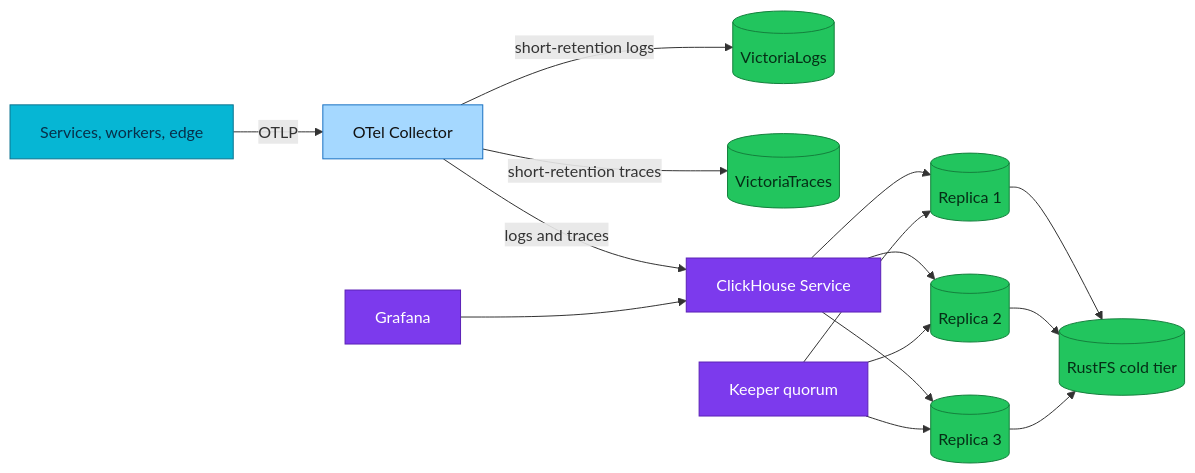
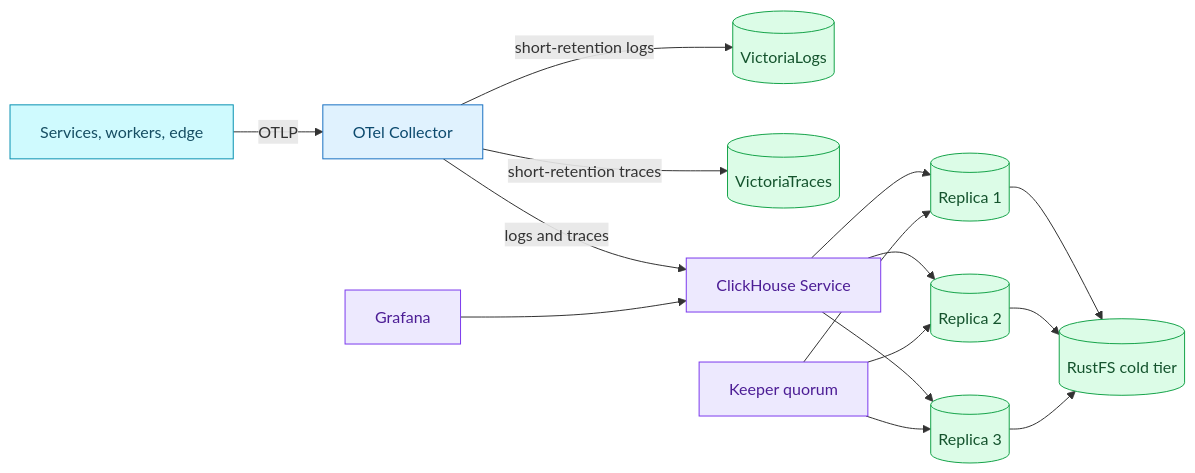
The diagram in docs/observability/clickhouse/operations.md (duynhlab/homelab), drawn with Mermaid before and after one commit. The commit also changed 174 other files, not shown here.

First line of the commit message:
Soft-tint diagram palette, a signal-flow diagram, a Linux-ready Draw.io skill

````diff
--- a/docs/observability/clickhouse/operations.md
+++ b/docs/observability/clickhouse/operations.md
@@ -23,26 +23,26 @@
 ```mermaid
 flowchart LR
   Producer["Services, workers, edge"] -->|OTLP| Collector["OTel Collector"]
   Collector -->|short-retention logs| VL[("VictoriaLogs")]
   Collector -->|short-retention traces| VT[("VictoriaTraces")]
   Collector -->|logs and traces| CHSvc["ClickHouse Service"]
   CHSvc --> R1[("Replica 1")]
   CHSvc --> R2[("Replica 2")]
   CHSvc --> R3[("Replica 3")]
   Keeper["Keeper quorum"] --> R1
   Keeper --> R2
   Keeper --> R3
   R1 --> RustFS[("RustFS cold tier")]
   R2 --> RustFS
   R3 --> RustFS
   Grafana["Grafana"] --> CHSvc
 
-  classDef service fill:#06b6d4,color:#082f49,stroke:#0e7490;
-  classDef collector fill:#a5d8ff,color:#111,stroke:#1971c2;
-  classDef platform fill:#7c3aed,color:#fff,stroke:#5b21b6;
-  classDef data fill:#22c55e,color:#052e16,stroke:#15803d;
+  classDef service fill:#cffafe,color:#164e63,stroke:#0891b2;
+  classDef collector fill:#e0f2fe,color:#0c4a6e,stroke:#1971c2;
+  classDef platform fill:#ede9fe,color:#4c1d95,stroke:#7c3aed;
+  classDef data fill:#dcfce7,color:#14532d,stroke:#16a34a;
   class Producer service;
   class Collector collector;
   class CHSvc,Keeper,Grafana platform;
   class VL,VT,R1,R2,R3,RustFS data;
 ```
````
